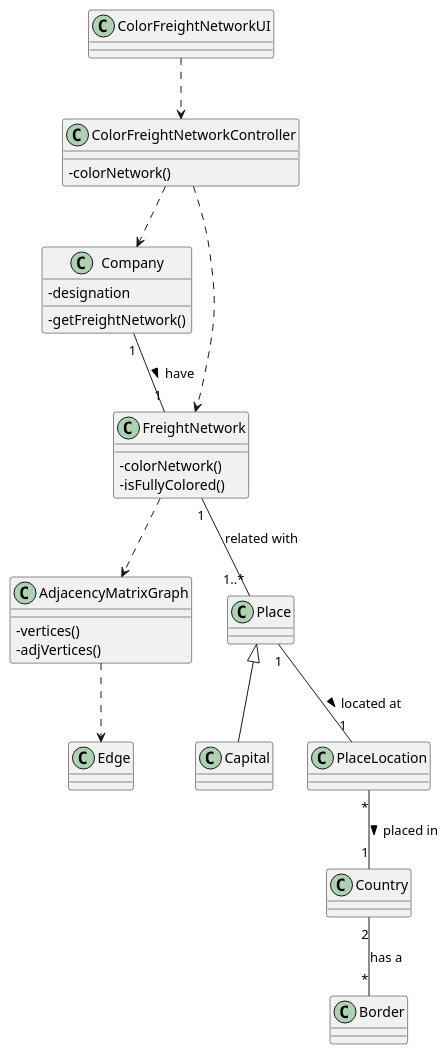
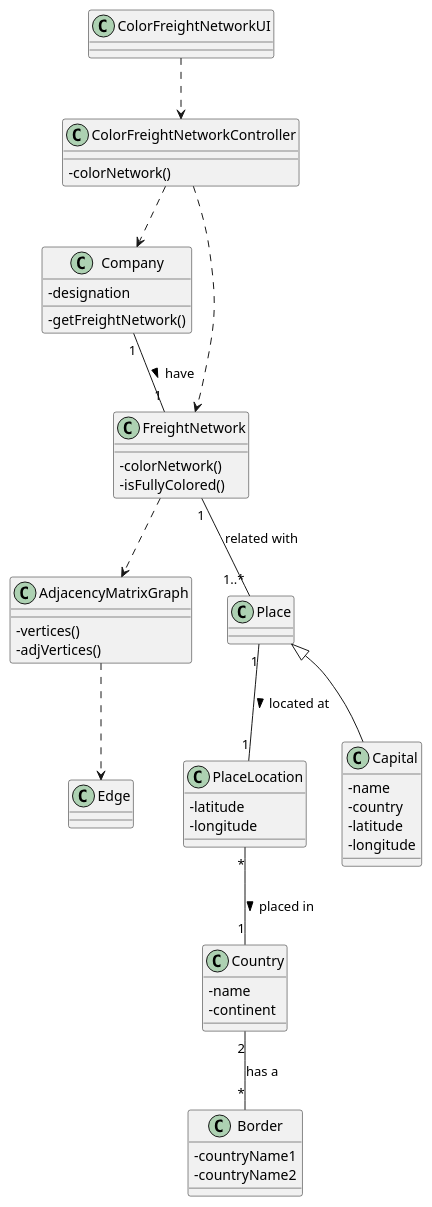
Before and after one commit to 0franciscor/lapr3-2021-g042: the diagram in docs/US302/US302_CD.puml, drawn with PlantUML. The commit also changed 3 other files, not shown here.

```diff
--- a/docs/US302/US302_CD.puml
+++ b/docs/US302/US302_CD.puml
@@ -1,47 +1,80 @@
 @startuml
 'https://plantuml.com/class-diagram
 
 skinparam classAttributeIconSize 0
 
 
 
 class ColorFreightNetworkUI {}
 
 class ColorFreightNetworkController {
 -colorNetwork()
 }
 
 class Company {
 -designation
 -getFreightNetwork()
 }
 
 class FreightNetwork {
 -colorNetwork()
 -isFullyColored()
 }
 
 class AdjacencyMatrixGraph {
 -vertices()
 -adjVertices()
 
 }
 
 
 
+
+class Country {
+-name
+-continent
+}
+
+class PlaceLocation {
+-latitude
+-longitude
+}
+
+class Capital{
+-name
+-country
+-latitude
+-longitude
+}
+
+class Place {
+
+}
+
+class Border {
+-countryName1
+-countryName2
+}
+
+
+class Edge {
+
+}
+
+
 ColorFreightNetworkUI ..> ColorFreightNetworkController
 
 ColorFreightNetworkController ..> Company
 ColorFreightNetworkController ..> FreightNetwork
 
 Company "1"--"1" FreightNetwork: have >
 
 FreightNetwork ..> AdjacencyMatrixGraph
 FreightNetwork "1" -- "1..*" Place : related with
 Place <|-- Capital
 Place "1" -- "1" PlaceLocation : located at >
 PlaceLocation "*" -- "1" Country : placed in >
 Country "2" -- "*" Border : has a
 AdjacencyMatrixGraph ..> Edge
 
 @enduml
```
